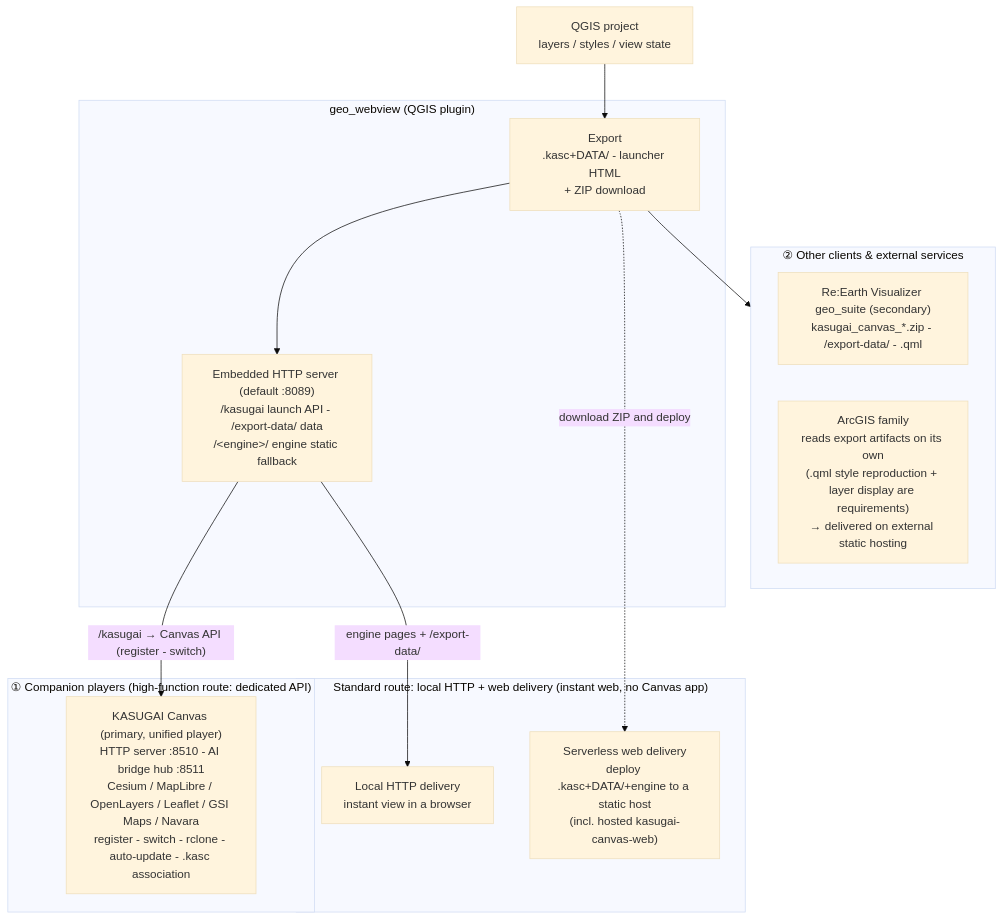
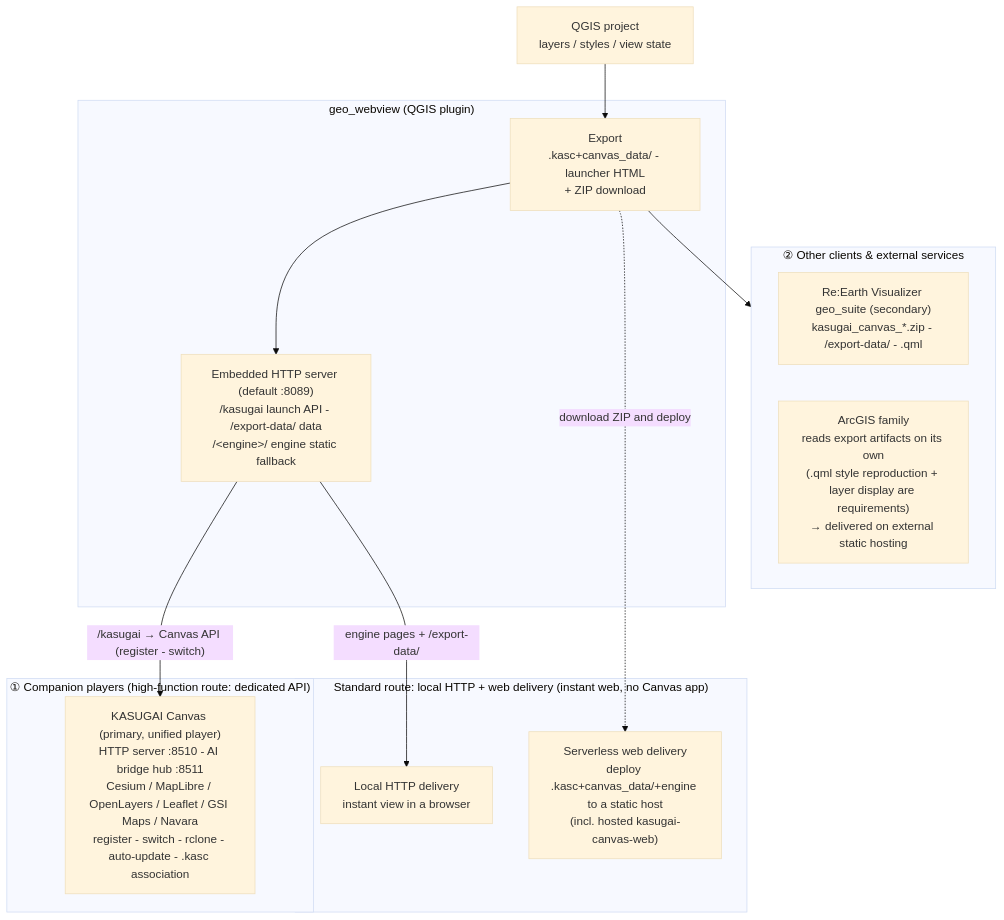
One commit to yamamoto-ryuzo/qgis_live_harness changed the diagram in qgis-plugin/geo_webview/INTEGRATION.md. Above: the diagram before and after it, drawn with Mermaid (base theme). The commit also changed other lines of this file and 60 other files, not shown here.

First line of the commit message:
geo_webview 4.22.0: canvas_data/統一・geojson出力モード・Qt6クラッシュ対策と蓄積分の同期

````diff
--- a/qgis-plugin/geo_webview/INTEGRATION.md
+++ b/qgis-plugin/geo_webview/INTEGRATION.md
@@ -11,30 +11,30 @@
 ```mermaid
 flowchart TB
     QGIS["QGIS project<br>layers / styles / view state"]
 
     subgraph GWBOX["geo_webview (QGIS plugin)"]
-        GW["Export<br>.kasc+DATA/ - launcher HTML<br>+ ZIP download"]
+        GW["Export<br>.kasc+canvas_data/ - launcher HTML<br>+ ZIP download"]
         SRV["Embedded HTTP server (default :8089)<br>/kasugai launch API - /export-data/ data<br>/&lt;engine&gt;/ engine static fallback"]
     end
 
     subgraph G1["① Companion players (high-function route: dedicated API)"]
         KC["KASUGAI Canvas (primary, unified player)<br>HTTP server :8510 - AI bridge hub :8511<br>Cesium / MapLibre / OpenLayers / Leaflet / GSI Maps / Navara<br>register - switch - rclone - auto-update - .kasc association"]
     end
 
     subgraph NORM["Standard route: local HTTP + web delivery (instant web, no Canvas app)"]
         BR["Local HTTP delivery<br>instant view in a browser"]
-        HOST["Serverless web delivery<br>deploy .kasc+DATA/+engine to a static host<br>(incl. hosted kasugai-canvas-web)"]
+        HOST["Serverless web delivery<br>deploy .kasc+canvas_data/+engine to a static host<br>(incl. hosted kasugai-canvas-web)"]
     end
 
     subgraph G2["② Other clients & external services"]
         RE["Re:Earth Visualizer geo_suite (secondary)<br>kasugai_canvas_*.zip - /export-data/ - .qml"]
         AG["ArcGIS family<br>reads export artifacts on its own<br>(.qml style reproduction + layer display are requirements)<br>→ delivered on external static hosting"]
     end
 
     QGIS --> GW
     GW --> SRV
     SRV -->|"/kasugai → Canvas API (register - switch)"| KC
     SRV -->|"engine pages + /export-data/"| BR
     GW -.->|"download ZIP and deploy"| HOST
     GW --> G2
 ```
````
